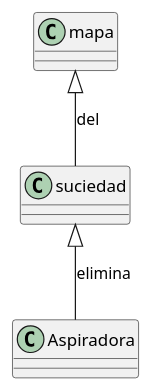
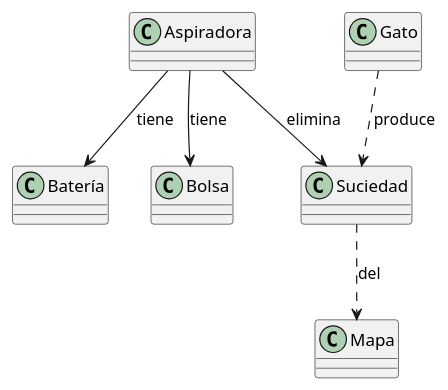
One commit to mmasias/idsw2 changed the diagram in docs/modeloDeDominio.plantuml. Above: the diagram before and after it, drawn with PlantUML. The commit also changed 1 other file, not shown here.

Commit message:
Modificación del modelo de dominio y cambios en la clase pyAspiradoras

```diff
--- a/docs/modeloDeDominio.plantuml
+++ b/docs/modeloDeDominio.plantuml
@@ -1,9 +1,15 @@
 @startuml
-class mapa
+class Mapa
 class Aspiradora
-class suciedad
+class Suciedad
+class Batería
+class Gato
+class Bolsa
 
-suciedad <|-- Aspiradora : elimina
-mapa <|-- suciedad: del 
+Aspiradora --> Suciedad : elimina
+Suciedad ..> Mapa: del
+Aspiradora --> Bolsa : tiene
+Aspiradora --> Batería : tiene
+Gato ..> Suciedad : produce
 
 @enduml
```
